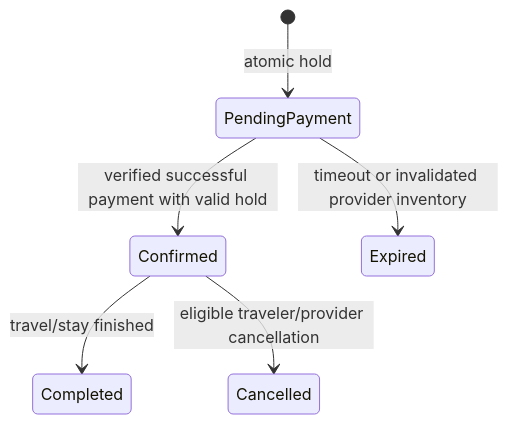
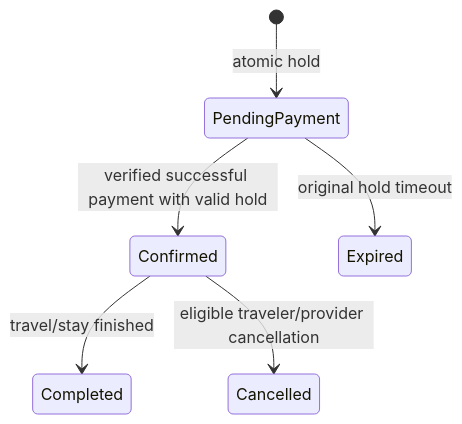
Before and after one commit to stevenraouf/SoftwareProject_1: the second of 2 diagrams in docs/milestone-1/REVERSE_ENGINEERING.md, drawn with Mermaid. The commit also changed other lines of this file and 55 other files, not shown here.

````diff
--- a/docs/milestone-1/REVERSE_ENGINEERING.md
+++ b/docs/milestone-1/REVERSE_ENGINEERING.md
@@ -102,8 +102,8 @@
 ```mermaid
 stateDiagram-v2
     [*] --> PendingPayment: atomic hold
     PendingPayment --> Confirmed: verified successful payment with valid hold
-    PendingPayment --> Expired: timeout or invalidated provider inventory
+    PendingPayment --> Expired: original hold timeout
     Confirmed --> Completed: travel/stay finished
     Confirmed --> Cancelled: eligible traveler/provider cancellation
 ```
````
